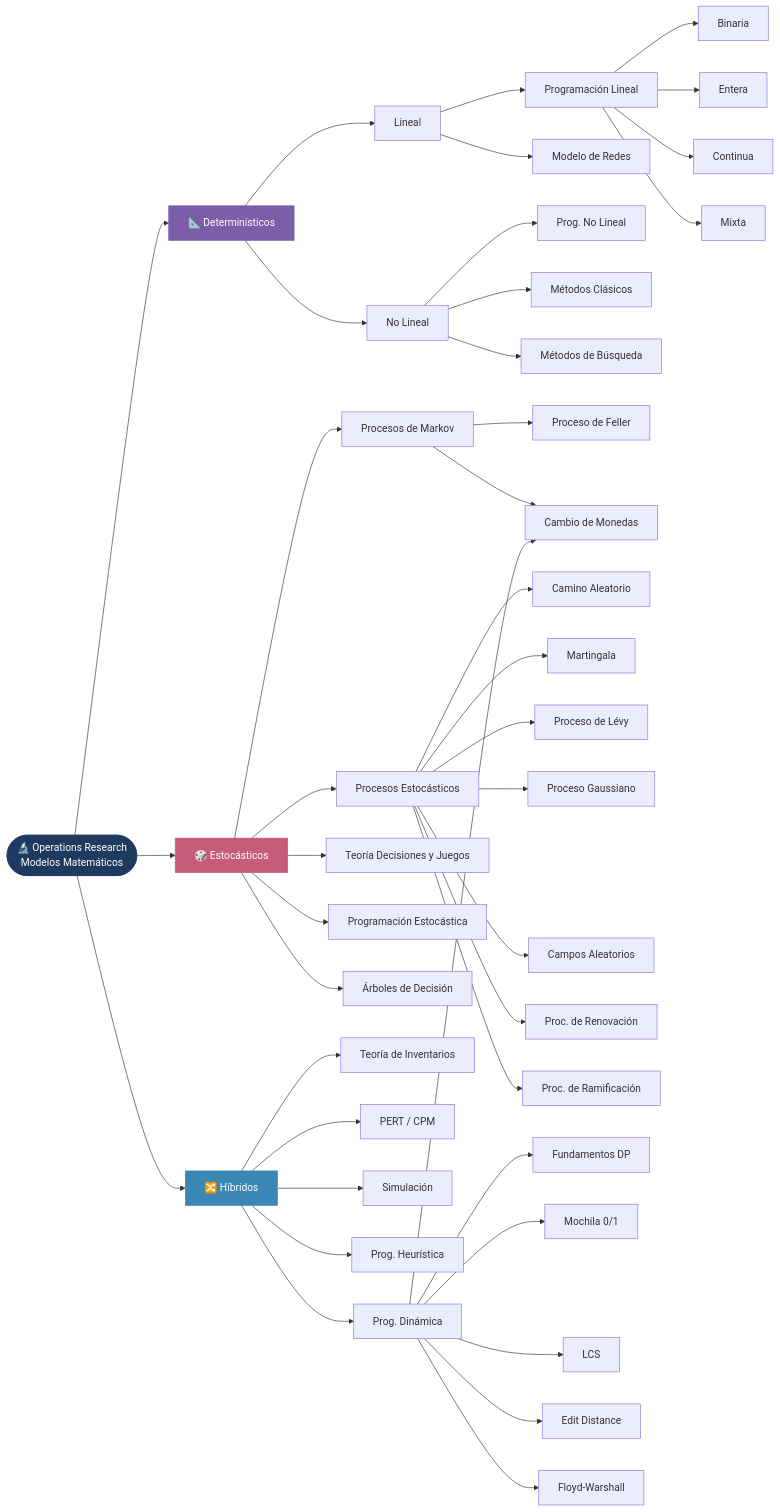
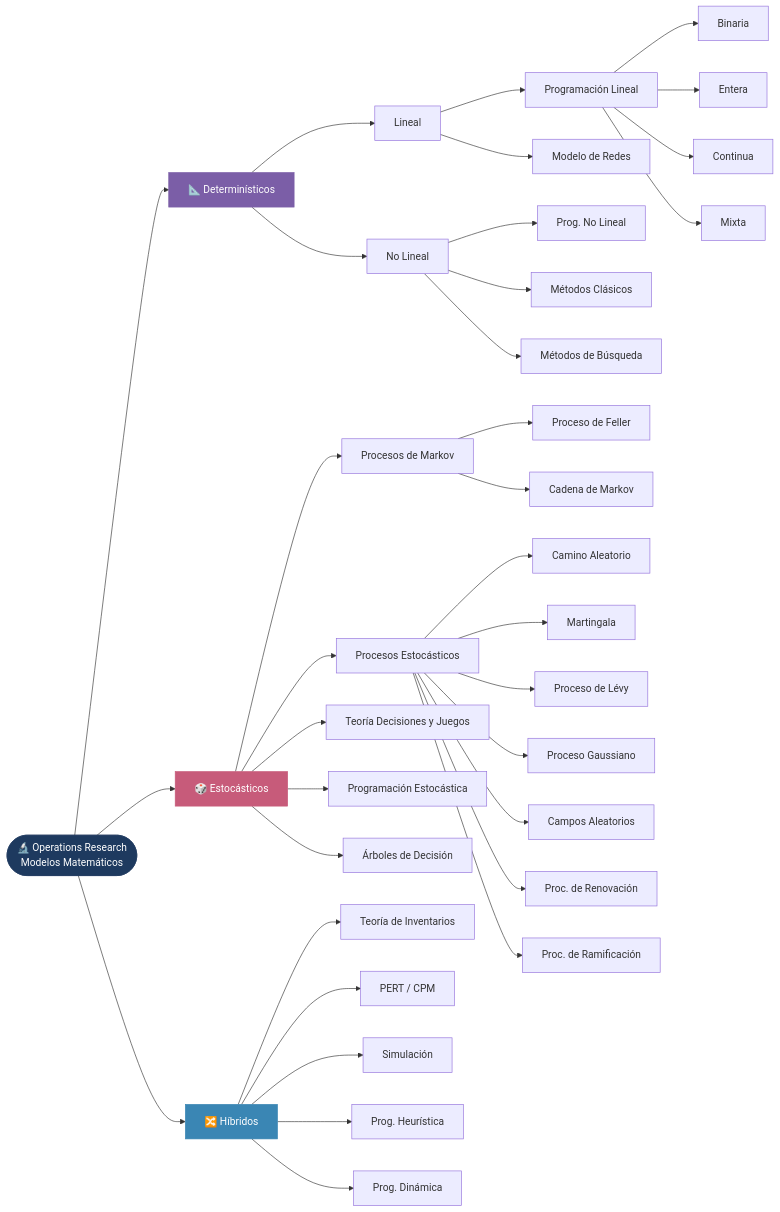
Before and after one commit to ninargue/operations-research-es: the diagram in frontend/docs/index.md, drawn with Mermaid.

Commit message:
style: eliminar nodos especificos de PD del mapa de contenidos

````diff
--- a/frontend/docs/index.md
+++ b/frontend/docs/index.md
@@ -20,62 +20,55 @@
 ```mermaid
 graph LR
     ROOT(["🔬 Operations Research\nModelos Matemáticos"])
 
     ROOT --> D["📐 Determinísticos"]
     ROOT --> E["🎲 Estocásticos"]
     ROOT --> H["🔀 Híbridos"]
 
     D --> DL["Lineal"]
     D --> DNL["No Lineal"]
 
     DL --> PL["Programación Lineal"]
     DL --> MR["Modelo de Redes"]
 
     PL --> PB["Binaria"]
     PL --> PE["Entera"]
     PL --> PC["Continua"]
     PL --> PM["Mixta"]
 
     DNL --> PNL["Prog. No Lineal"]
     DNL --> MCL["Métodos Clásicos"]
     DNL --> MB["Métodos de Búsqueda"]
 
     E --> MKOV["Procesos de Markov"]
     E --> PES["Procesos Estocásticos"]
     E --> TDJ["Teoría Decisiones y Juegos"]
     E --> PEST["Programación Estocástica"]
     E --> AD["Árboles de Decisión"]
 
     MKOV --> PF["Proceso de Feller"]
     MKOV --> CM["Cadena de Markov"]
 
     PES --> CA["Camino Aleatorio"]
     PES --> MRT["Martingala"]
     PES --> LEV["Proceso de Lévy"]
     PES --> PG["Proceso Gaussiano"]
     PES --> CALT["Campos Aleatorios"]
     PES --> PREV["Proc. de Renovación"]
     PES --> PRAM["Proc. de Ramificación"]
 
     H --> TI["Teoría de Inventarios"]
     H --> PERT["PERT / CPM"]
     H --> SIM["Simulación"]
     H --> PHEUR["Prog. Heurística"]
     H --> PD["Prog. Dinámica"]
 
-    PD --> FDP["Fundamentos DP"]
-    PD --> MO["Mochila 0/1"]
-    PD --> CM["Cambio de Monedas"]
-    PD --> LCS["LCS"]
-    PD --> ED["Edit Distance"]
-    PD --> FW["Floyd-Warshall"]
-
     click D "https://github.com/ninargue/operations-research-es/tree/main/1_Deterministicos" "Ver Modelos Determinísticos"
     click E "https://github.com/ninargue/operations-research-es/tree/main/2_Estocasticos" "Ver Modelos Estocásticos"
     click H "https://github.com/ninargue/operations-research-es/tree/main/3_Hibridos" "Ver Modelos Híbridos"
 
     style ROOT fill:#1e3a5f,color:#fff,stroke:#1e3a5f
     style D fill:#7b5ea7,color:#fff,stroke:#7b5ea7
     style E fill:#c75b7a,color:#fff,stroke:#c75b7a
     style H fill:#3a86b4,color:#fff,stroke:#3a86b4
 ```
````
